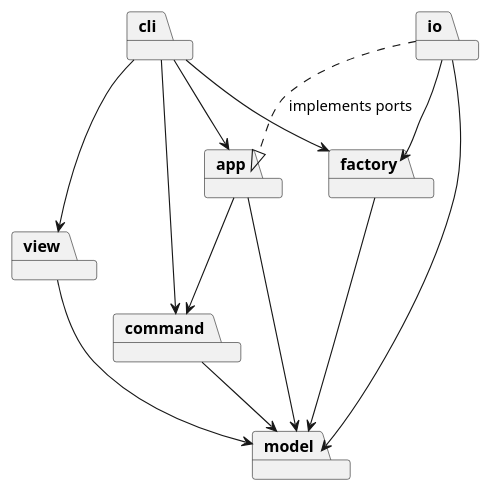
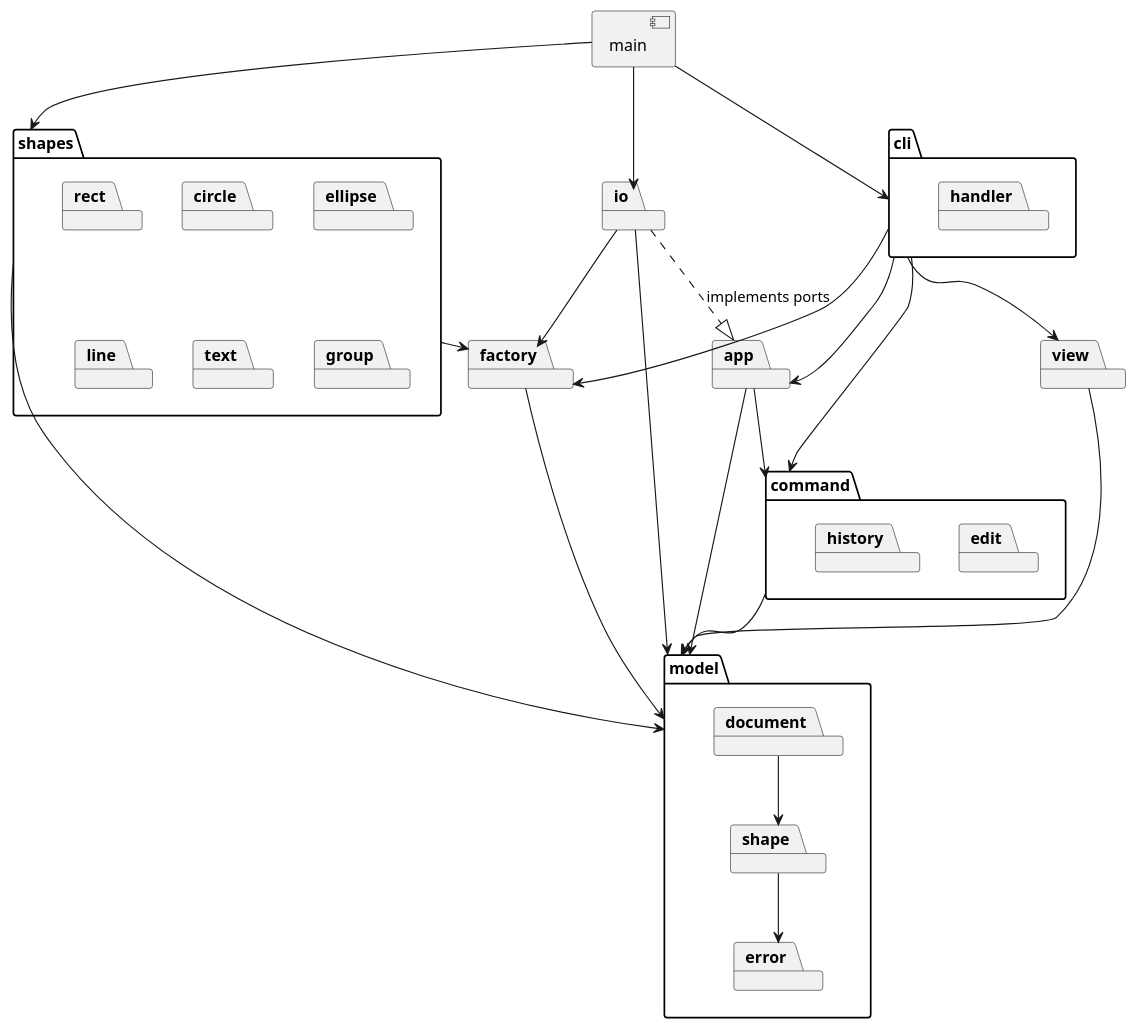
Before and after one commit to Sparta0404/SoftwareDesignLab: the first of 2 diagrams in doc/README.md, drawn with PlantUML. The commit also changed other lines of this file and 67 other files, not shown here.

````diff
--- a/doc/README.md
+++ b/doc/README.md
@@ -63,23 +86,49 @@
 ```plantuml
 @startuml
-package cli
+package cli {
+  package handler
+}
 package app
-package command
-package model
+package command {
+  package edit
+  package history
+}
+package model {
+  package error
+  package shape
+  package document
+}
 package factory
+package shapes {
+  package rect
+  package circle
+  package ellipse
+  package line
+  package text
+  package group
+}
 package io
 package view
+component main
+
+main --> cli
+main --> io
+main --> shapes
 cli --> app
 cli --> command
 cli --> factory
 cli --> view
 app --> command
 app --> model
 command --> model
+shapes --> factory
+shapes --> model
 factory --> model
 view --> model
 io ..|> app : implements ports
 io --> factory
 io --> model
+document --> shape
+shape --> error
 @enduml
 ```
````
